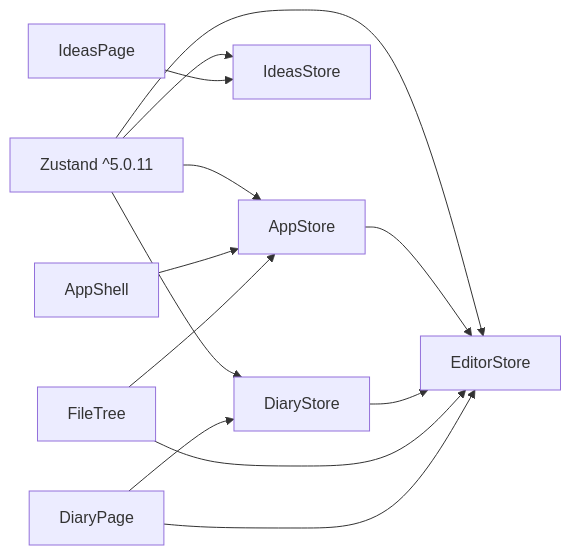
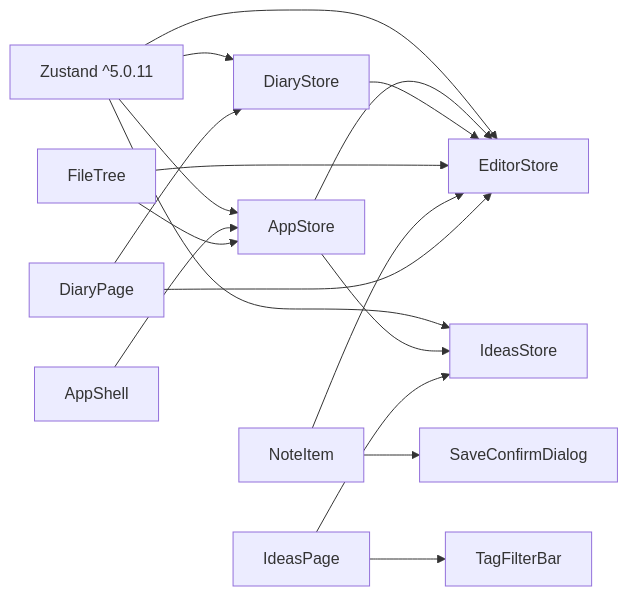
The eighth of 8 diagrams in .qoder/repowiki/zh/content/核心架构/状态管理架构.md (BlackBoxRecorder/uninote), drawn with Mermaid before and after one commit. The commit also changed other lines of this file and 36 other files, not shown here.

````diff
--- a/.qoder/repowiki/zh/content/核心架构/状态管理架构.md
+++ b/.qoder/repowiki/zh/content/核心架构/状态管理架构.md
@@ -399,15 +425,19 @@
 ```mermaid
 graph LR
 ZUSTAND["Zustand ^5.0.11"] --> APP["AppStore"]
 ZUSTAND --> EDIT["EditorStore"]
 ZUSTAND --> IDEAS["IdeasStore"]
 ZUSTAND --> DIARY["DiaryStore"]
 APP --> EDIT
+APP --> IDEAS
 DIARY --> EDIT
 SHELL["AppShell"] --> APP
 FILETREE["FileTree"] --> APP
 FILETREE --> EDIT
+NOTEITEM["NoteItem"] --> EDIT
+NOTEITEM --> CONFIRMDLG["SaveConfirmDialog"]
 DIARYP["DiaryPage"] --> DIARY
 DIARYP --> EDIT
 IDEASP["IdeasPage"] --> IDEAS
+IDEASP --> TAGFILTER["TagFilterBar"]
 ```
````
